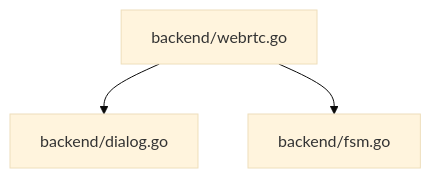
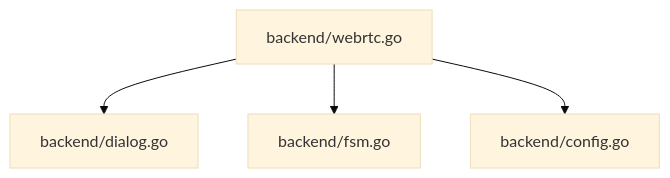
One commit to DovahkiinYuzuko/Sode-no-Shita changed the diagram in docs/variables'n'functions/[Go]webrtc.md. Above: the diagram before and after it, drawn with Mermaid (base theme). The commit also changed other lines of this file and 9 other files, not shown here.

````diff
--- a/docs/variables'n'functions/[Go]webrtc.md
+++ b/docs/variables'n'functions/[Go]webrtc.md
@@ -19,5 +20,6 @@
 ```mermaid
 graph TD
     webrtc.go["backend/webrtc.go"] --> dialog.go["backend/dialog.go"]
     webrtc.go["backend/webrtc.go"] --> fsm.go["backend/fsm.go"]
+    webrtc.go["backend/webrtc.go"] --> config.go["backend/config.go"]
 ```
````
